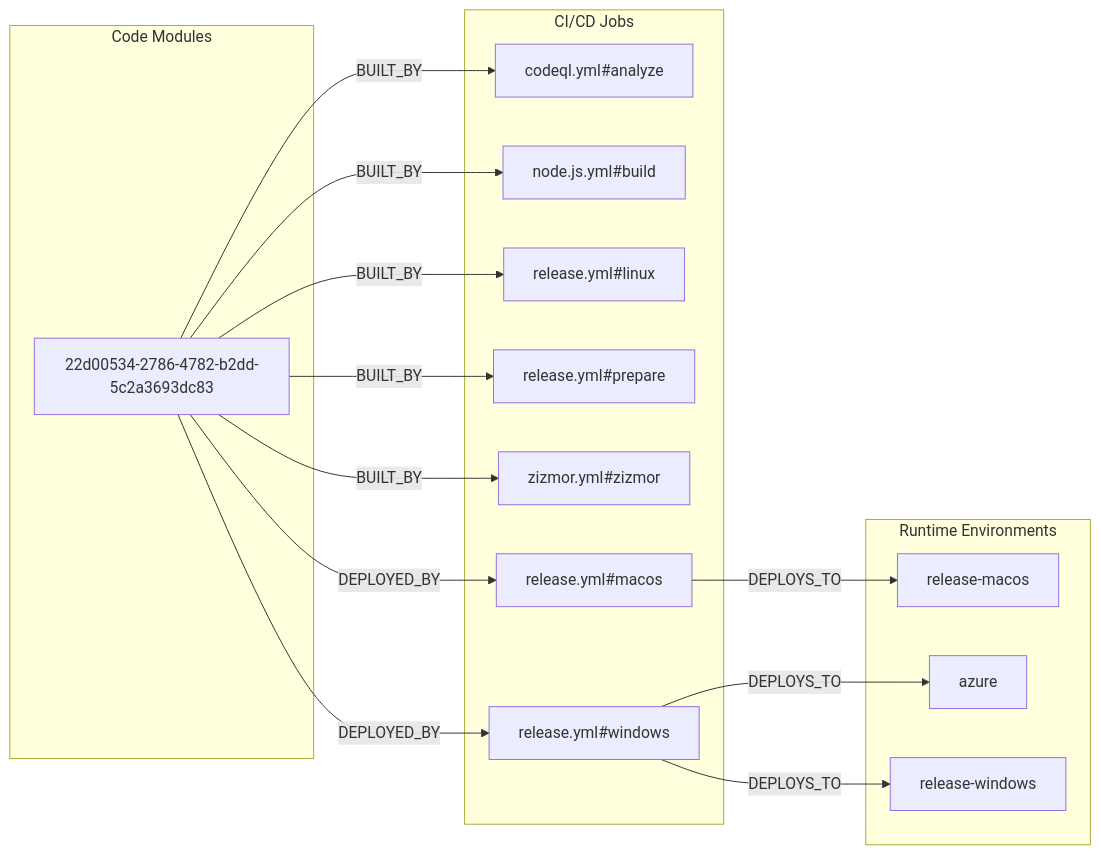
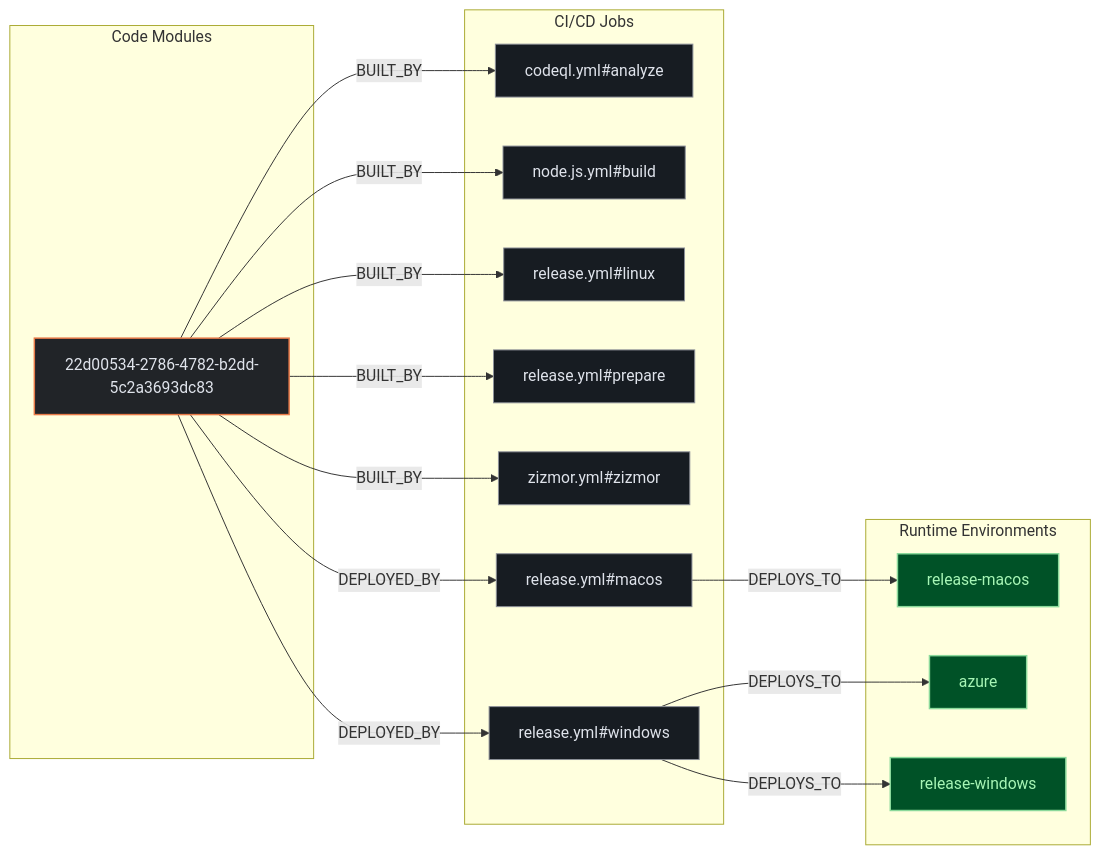
Before and after one commit to kumarshaz/atruss-code-atlas: the second of 3 diagrams in exports/latest/reports/zulip-zulip-desktop-report.md, drawn with Mermaid. The commit also changed other lines of this file and 331 other files, not shown here.

Commit message:
docs,ui,fix: update SDLC docs, reorder CI/CD DAG first, stylize Mermaid, and fix Arc42 pipeline topology

````diff
--- a/exports/latest/reports/zulip-zulip-desktop-report.md
+++ b/exports/latest/reports/zulip-zulip-desktop-report.md
@@ -110,30 +117,34 @@
 ```mermaid
 flowchart LR
+    classDef atlasCategory fill:#212428,stroke:#E87A48,stroke-width:1.5px,color:#dfe3eb
+    classDef atlasWorkflow fill:#1b2026,stroke:#a3c9ff,stroke-width:1.5px,color:#dfe3eb
+    classDef atlasJob fill:#171c22,stroke:#8d9199,stroke-width:1px,color:#dfe3eb
+    classDef atlasTarget fill:#005227,stroke:#8bd99b,stroke-width:1.5px,color:#a7f6b6
     subgraph code_modules["Code Modules"]
-        mod_22d00534_2786_4782_b2dd_5c2a3693dc83["22d00534-2786-4782-b2dd-5c2a3693dc83"]
+        mod_22d00534_2786_4782_b2dd_5c2a3693dc83["22d00534-2786-4782-b2dd-5c2a3693dc83"]:::atlasCategory
     end
     subgraph ci_jobs["CI/CD Jobs"]
-        job_codeql_yml_analyze["codeql.yml#analyze"]
-        job_node_js_yml_build["node.js.yml#build"]
-        job_release_yml_linux["release.yml#linux"]
-        job_release_yml_macos["release.yml#macos"]
-        job_release_yml_prepare["release.yml#prepare"]
-        job_release_yml_windows["release.yml#windows"]
-        job_zizmor_yml_zizmor["zizmor.yml#zizmor"]
+        job_codeql_yml_analyze["codeql.yml#analyze"]:::atlasJob
+        job_node_js_yml_build["node.js.yml#build"]:::atlasJob
+        job_release_yml_linux["release.yml#linux"]:::atlasJob
+        job_release_yml_macos["release.yml#macos"]:::atlasJob
+        job_release_yml_prepare["release.yml#prepare"]:::atlasJob
+        job_release_yml_windows["release.yml#windows"]:::atlasJob
+        job_zizmor_yml_zizmor["zizmor.yml#zizmor"]:::atlasJob
     end
     subgraph runtime_envs["Runtime Environments"]
-        env_azure["azure"]
-        env_release_macos["release-macos"]
-        env_release_windows["release-windows"]
+        env_azure["azure"]:::atlasTarget
+        env_release_macos["release-macos"]:::atlasTarget
+        env_release_windows["release-windows"]:::atlasTarget
     end
     job_release_yml_macos -->|DEPLOYS_TO| env_release_macos
     job_release_yml_windows -->|DEPLOYS_TO| env_azure
     job_release_yml_windows -->|DEPLOYS_TO| env_release_windows
     mod_22d00534_2786_4782_b2dd_5c2a3693dc83 -->|BUILT_BY| job_codeql_yml_analyze
     mod_22d00534_2786_4782_b2dd_5c2a3693dc83 -->|BUILT_BY| job_node_js_yml_build
     mod_22d00534_2786_4782_b2dd_5c2a3693dc83 -->|BUILT_BY| job_release_yml_linux
     mod_22d00534_2786_4782_b2dd_5c2a3693dc83 -->|BUILT_BY| job_release_yml_prepare
     mod_22d00534_2786_4782_b2dd_5c2a3693dc83 -->|BUILT_BY| job_zizmor_yml_zizmor
     mod_22d00534_2786_4782_b2dd_5c2a3693dc83 -->|DEPLOYED_BY| job_release_yml_macos
     mod_22d00534_2786_4782_b2dd_5c2a3693dc83 -->|DEPLOYED_BY| job_release_yml_windows
 ```
````
